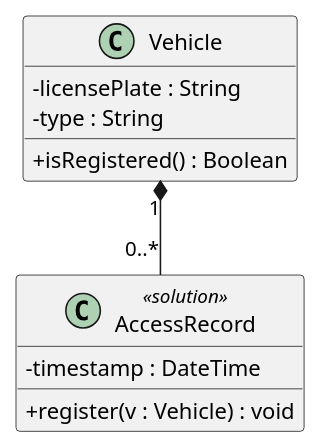
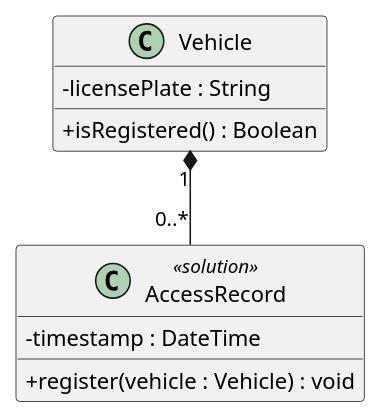
The diagram in skills/mkl-uml-design-class-model/references/notation-rules.md (kinglez/mkl-uml), drawn with PlantUML before and after one commit. The commit also changed other lines of this file and 72 other files, not shown here.

First line of the commit message:
fix: harden UML review evidence and preserve design semantics

````diff
--- a/skills/mkl-uml-design-class-model/references/notation-rules.md
+++ b/skills/mkl-uml-design-class-model/references/notation-rules.md
@@ -147,20 +47,17 @@
 ```plantuml
 @startuml
 skinparam classAttributeIconSize 0
 skinparam linetype ortho
 skinparam shadowing false
 
 class Vehicle {
   -licensePlate : String
-  -type : String
   +isRegistered() : Boolean
 }
-
 class AccessRecord <<solution>> {
   -timestamp : DateTime
-  +register(v : Vehicle) : void
+  +register(vehicle : Vehicle) : void
 }
-
 Vehicle "1" *-- "0..*" AccessRecord
 @enduml
 ```
````
